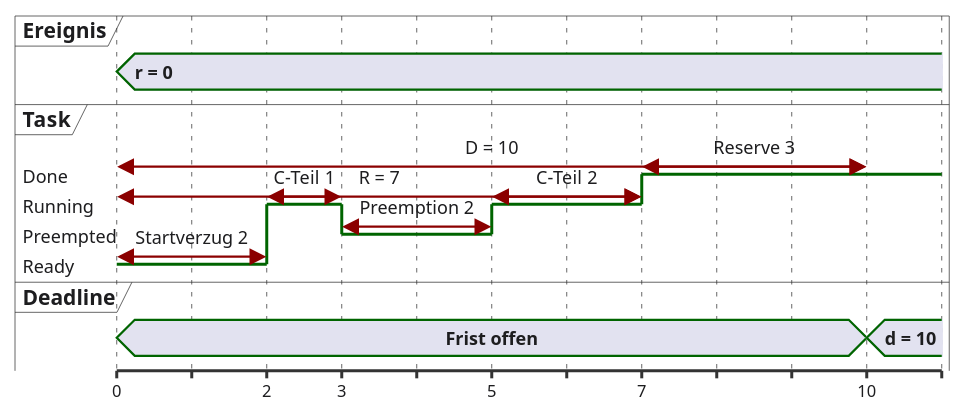
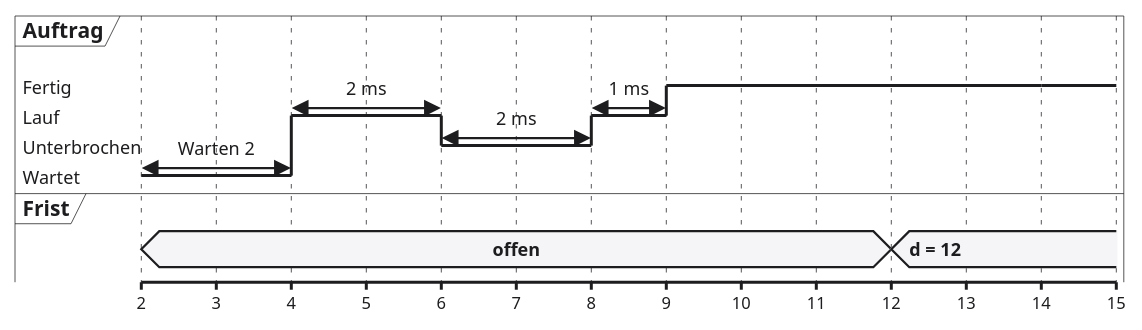
One commit to dantschi/echtzeitsysteme changed the second of 8 diagrams in vorlesungen/01_was-ist-echtzeit.qmd. Above: the diagram before and after it, drawn with PlantUML. The commit also changed other lines of this file and 6 other files, not shown here.

````diff
--- a/vorlesungen/01_was-ist-echtzeit.qmd
+++ b/vorlesungen/01_was-ist-echtzeit.qmd
@@ -382,49 +234,62 @@
 ```{.plantuml}
 @startuml
 skinparam backgroundColor transparent
 skinparam defaultFontName "Inter, sans-serif"
 skinparam defaultFontColor #1D1D1F
 skinparam ArrowColor #86868B
 skinparam NoteBackgroundColor #F5F5F7
 skinparam NoteBorderColor #E5E5EA
 skinparam timing {
   BackgroundColor #FFFFFF
   BorderColor #E5E5EA
   LineColor #1D1D1F
   SignalColor #E2001A
 }
-
-concise "Ereignis" as E
-robust "Task" as T
-T has Done,Running,Preempted,Ready
-concise "Deadline" as DL
-
-@0
-E is "r = 0"
-T is Ready
-DL is "Frist offen"
-
+<style>
+timingDiagram {
+ FontName sans-serif
+ FontColor #1D1D1F
+ LineColor #1D1D1F
+ arrow {
+  LineColor #86868B
+  FontColor #1D1D1F
+ }
+ robust {
+  FontName sans-serif
+  FontColor #1D1D1F
+  LineColor #1D1D1F
+  BackGroundColor #FFFFFF
+ }
+ concise {
+  FontName sans-serif
+  FontColor #1D1D1F
+  LineColor #1D1D1F
+  BackGroundColor #F5F5F7
+ }
+}
+</style>
+scale 1 as 50 pixels
+robust "Auftrag" as A
+A has Fertig,Lauf,Unterbrochen,Wartet
+concise "Frist" as D
 @2
-T is Running
-
-@3
-T is Preempted
-
-@5
-T is Running
-
-@7
-T is Done
-
-@10
-DL is "d = 10"
-
-T@0 <-> @2 : Startverzug 2
-T@2 <-> @3 : C-Teil 1
-T@3 <-> @5 : Preemption 2
-T@5 <-> @7 : C-Teil 2
-T@0 <-> @7 : R = 7
-T@0 <-> @10 : D = 10
-T@7 <-> @10 : Reserve 3
+A is Wartet
+D is "offen"
+@4
+A is Lauf
+@6
+A is Unterbrochen
+@8
+A is Lauf
+@9
+A is Fertig
+@12
+D is "d = 12"
+@14
+A is Fertig
+A@2 <-> @4 : Warten 2
+A@4 <-> @6 : 2 ms
+A@6 <-> @8 : 2 ms
+A@8 <-> @9 : 1 ms
 @enduml
 ```
````
